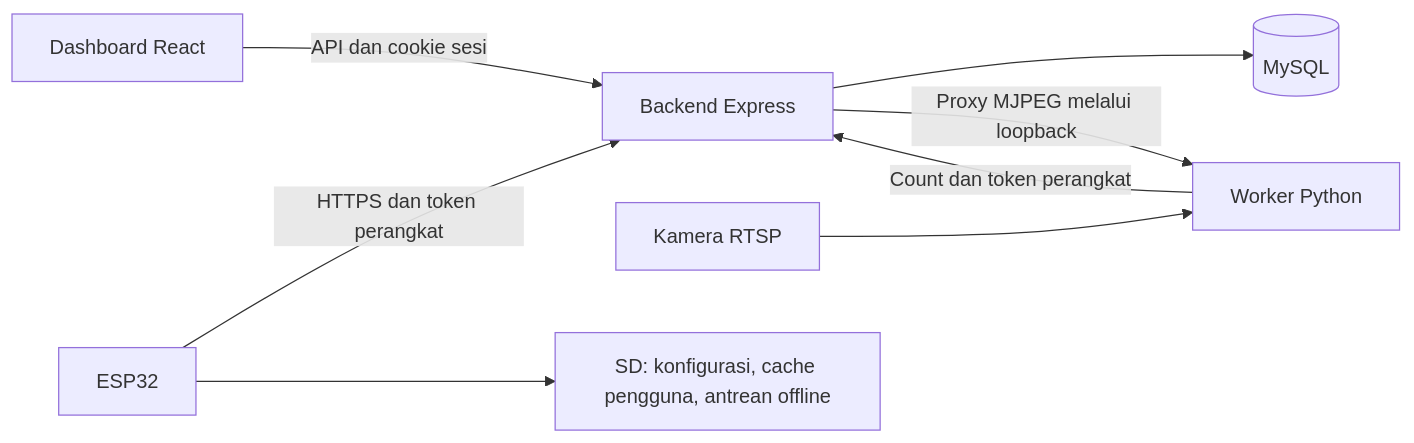
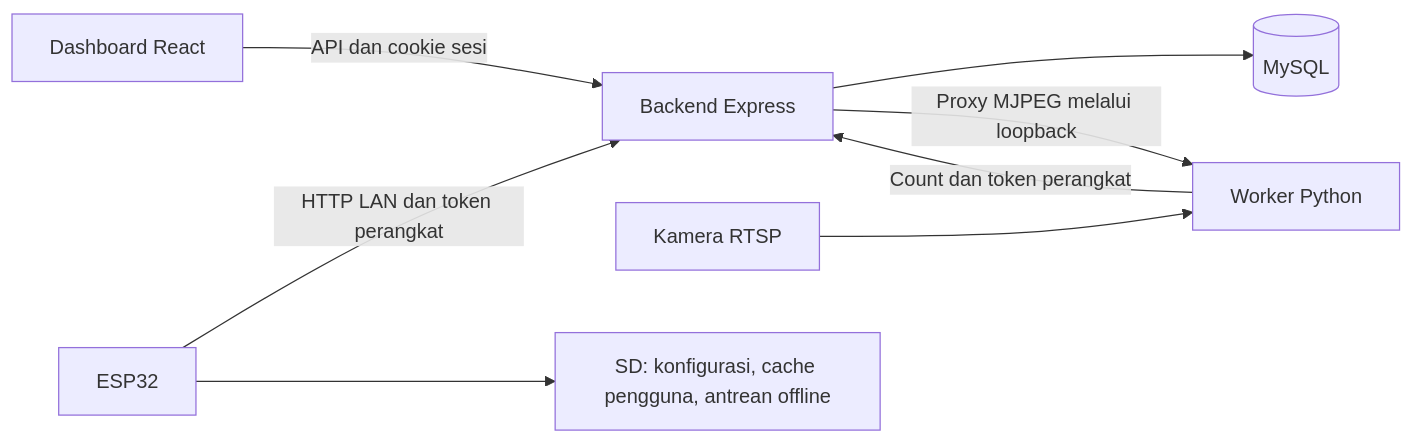
The diagram in docs/ARCHITECTURE.md (magangsipt-oss/LOTOBARUPOKOKNYA), drawn with Mermaid before and after one commit. The commit also changed 14 other files, not shown here.

Commit message:
fix: align ESP device auth and LAN backend

````diff
--- a/docs/ARCHITECTURE.md
+++ b/docs/ARCHITECTURE.md
@@ -5,10 +5,10 @@
 ```mermaid
 flowchart LR
     Browser[Dashboard React] -->|API dan cookie sesi| API[Backend Express]
-    ESP[ESP32] -->|HTTPS dan token perangkat| API
+    ESP[ESP32] -->|HTTP LAN dan token perangkat| API
     Camera[Kamera RTSP] --> Counting[Worker Python]
     Counting -->|Count dan token perangkat| API
     API --> DB[(MySQL)]
     API -->|Proxy MJPEG melalui loopback| Counting
     ESP --> SD[SD: konfigurasi, cache pengguna, antrean offline]
 ```
````
